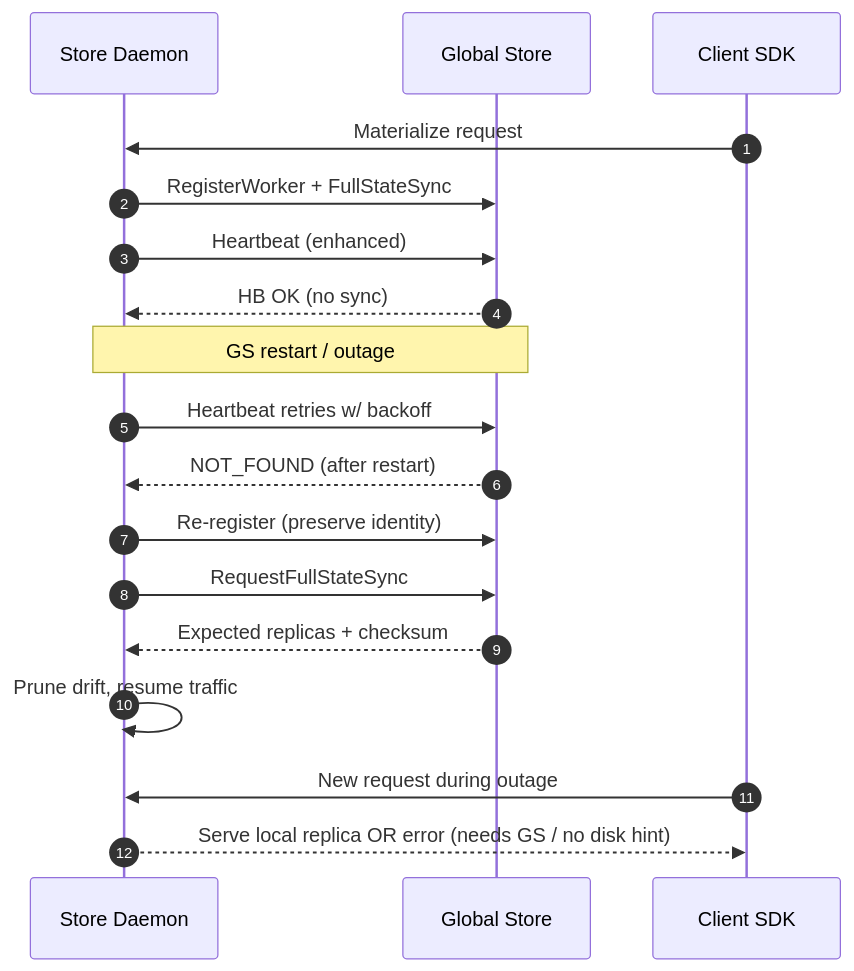
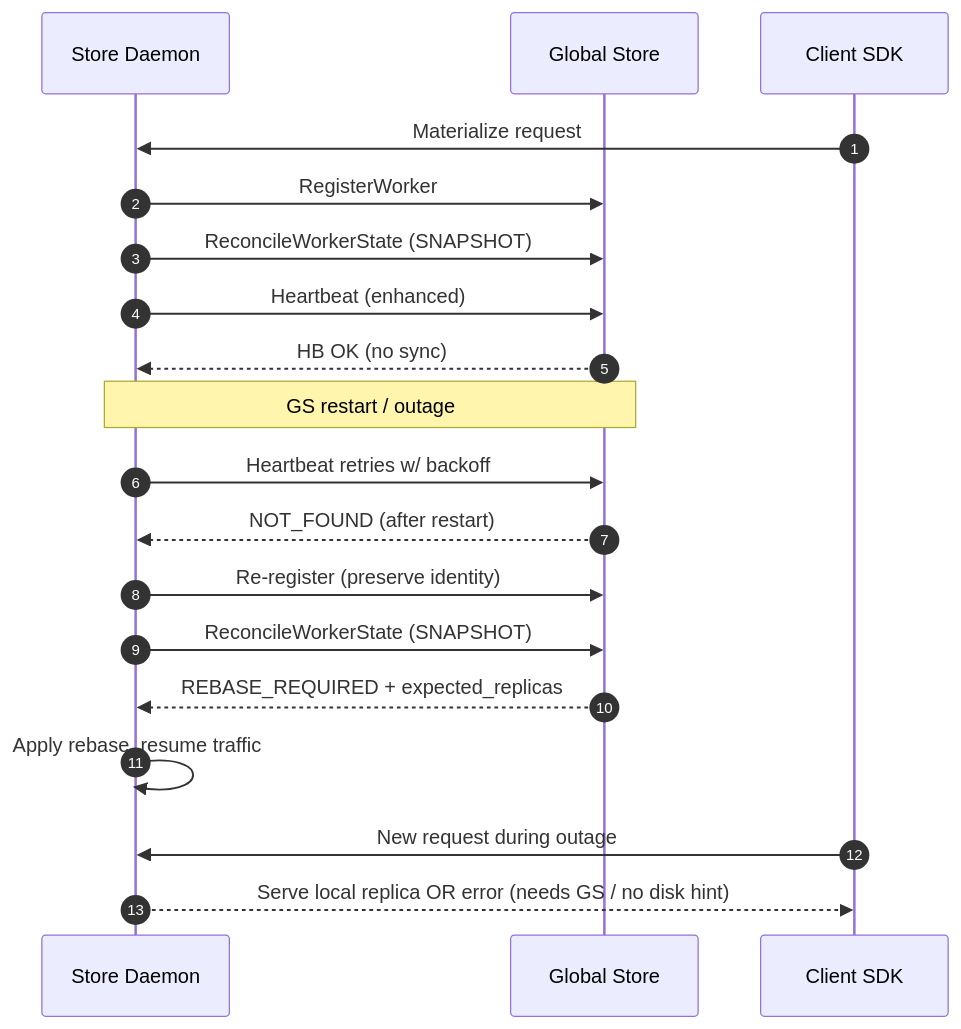
One commit to tensorcast-ai/tensorcast changed the first of 2 diagrams in docs/architecture/high-availability-design.md. Above: the diagram before and after it, drawn with Mermaid. The commit also changed other lines of this file and 44 other files, not shown here.

````diff
--- a/docs/architecture/high-availability-design.md
+++ b/docs/architecture/high-availability-design.md
@@ -128,23 +122,24 @@
 ```mermaid
 sequenceDiagram
     autonumber
     participant SD as Store Daemon
     participant GS as Global Store
     participant CL as Client SDK
 
     CL->>SD: Materialize request
-    SD->>GS: RegisterWorker + FullStateSync
+    SD->>GS: RegisterWorker
+    SD->>GS: ReconcileWorkerState (SNAPSHOT)
     SD->>GS: Heartbeat (enhanced)
     GS-->>SD: HB OK (no sync)
 
     Note over SD,GS: GS restart / outage
     SD->>GS: Heartbeat retries w/ backoff
     GS-->>SD: NOT_FOUND (after restart)
     SD->>GS: Re-register (preserve identity)
-    SD->>GS: RequestFullStateSync
-    GS-->>SD: Expected replicas + checksum
-    SD->>SD: Prune drift, resume traffic
+    SD->>GS: ReconcileWorkerState (SNAPSHOT)
+    GS-->>SD: REBASE_REQUIRED + expected_replicas
+    SD->>SD: Apply rebase, resume traffic
 
     CL->>SD: New request during outage
     SD-->>CL: Serve local replica OR error (needs GS / no disk hint)
 ```
````
